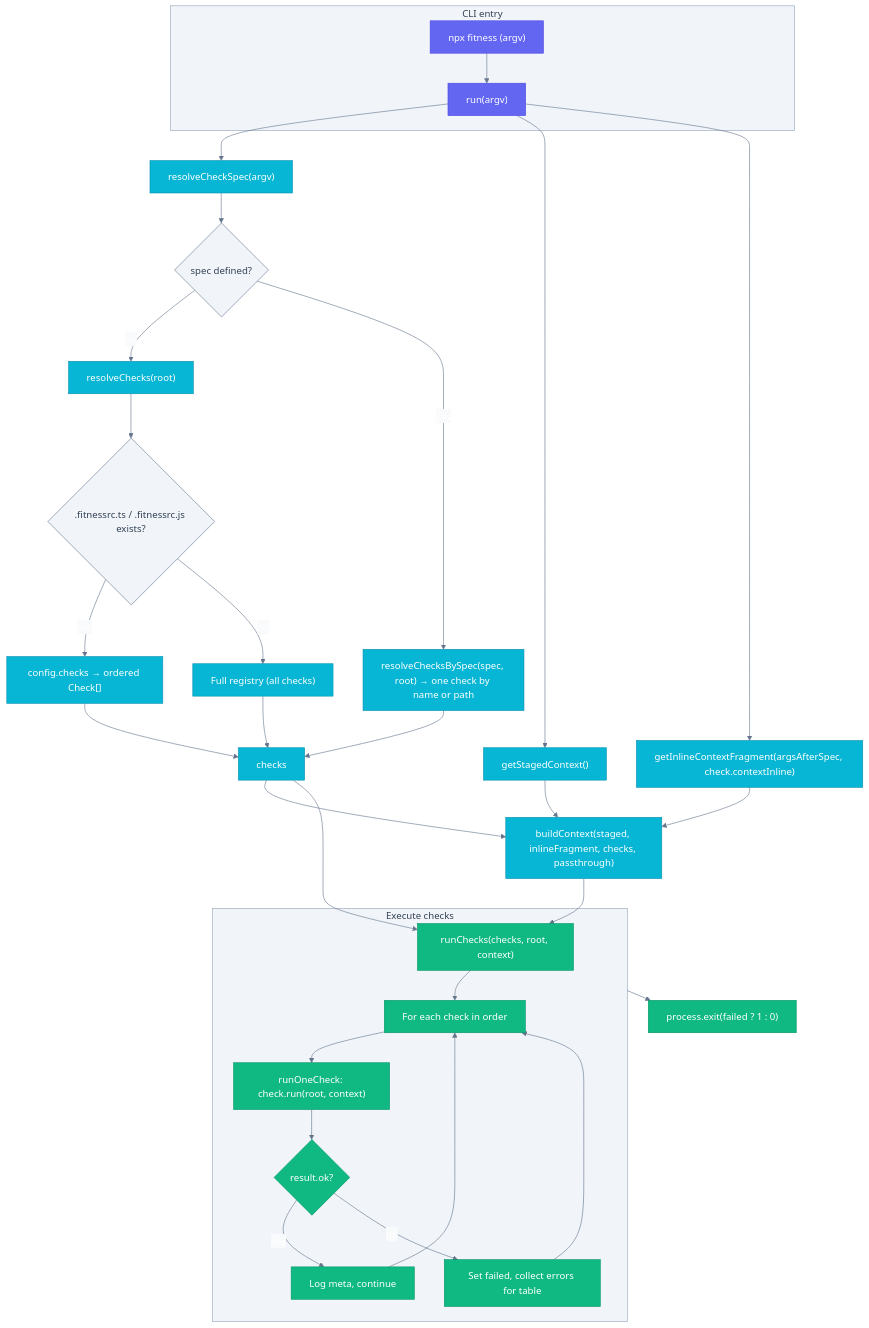
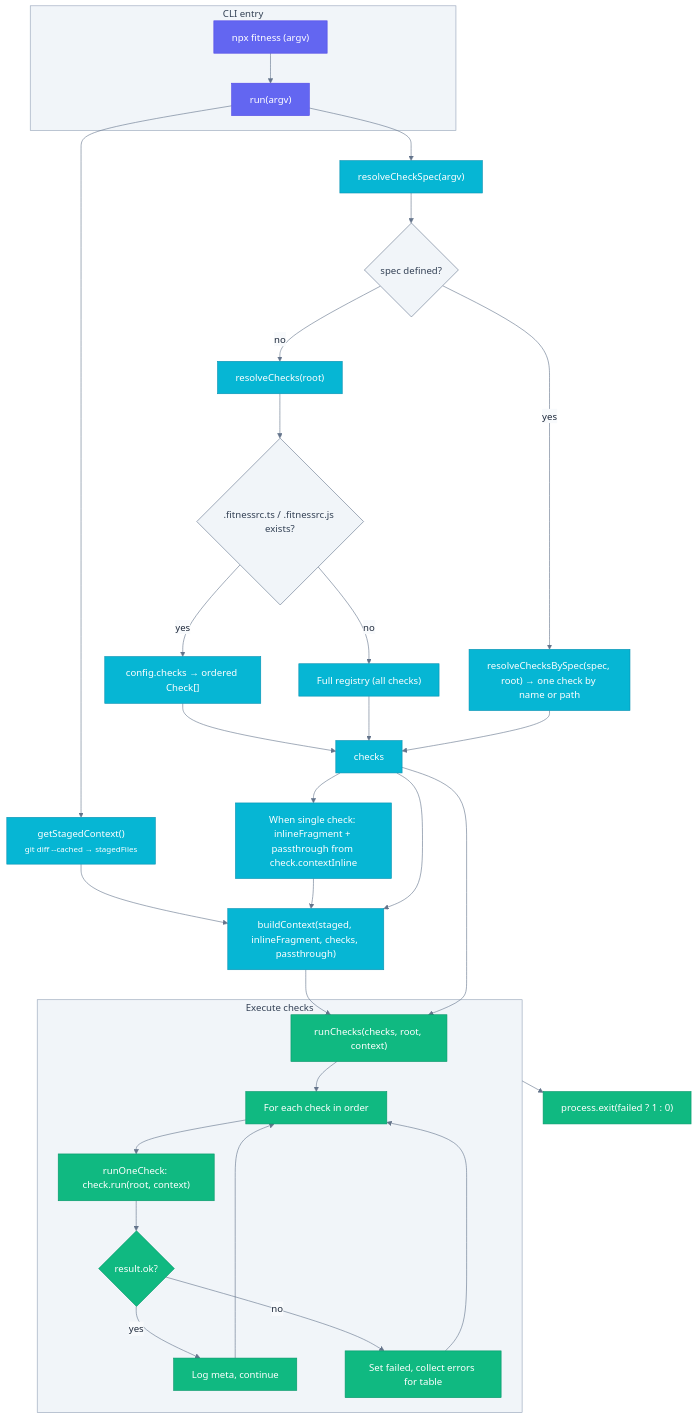
Before and after one commit to may-journal/fitness-runner: the diagram in README.md, drawn with Mermaid. The commit also changed 3 other files, not shown here.

Commit message:
fix(docs): make Mermaid flowchart edge labels readable with linkStyle color

````diff
--- a/README.md
+++ b/README.md
@@ -94,66 +94,69 @@
 ```mermaid
 %%{init: {'theme':'base', 'themeVariables': {
   'primaryColor':'#6366f1',
   'primaryTextColor':'#fff',
   'primaryBorderColor':'#4f46e5',
   'secondaryColor':'#06b6d4',
   'secondaryTextColor':'#fff',
   'secondaryBorderColor':'#0891b2',
   'tertiaryColor':'#10b981',
   'tertiaryTextColor':'#fff',
   'tertiaryBorderColor':'#059669',
   'lineColor':'#64748b',
   'background':'#f8fafc',
   'mainBkg':'#e0e7ff',
   'clusterBkg':'#f1f5f9',
   'clusterBorder':'#94a3b8',
   'titleColor':'#334155',
+  'textColor':'#1e293b',
+  'labelColor':'#1e293b',
   'edgeLabelBackground':'#f8fafc',
   'nodeTextColor':'#1e293b',
   'fontFamily':'system-ui, sans-serif'
 }}}%%
 flowchart TD
   subgraph CLI["CLI entry"]
     A["npx fitness (argv)"]
     A --> B["run(argv)"]
   end
 
   B --> F["resolveCheckSpec(argv)"]
   F --> G{"spec defined?"}
   G -->|no| H["resolveChecks(root)"]
   H --> I{".fitnessrc.ts / .fitnessrc.js exists?"}
   I -->|yes| J["config.checks → ordered Check[]"]
   I -->|no| K["Full registry (all checks)"]
   G -->|yes| L["resolveChecksBySpec(spec, root) → one check by name or path"]
   J --> M["checks"]
   K --> M
   L --> M
-  B --> E["getStagedContext()"]
-  B --> Dctx["getInlineContextFragment(argsAfterSpec, check.contextInline)"]
+  B --> E["getStagedContext()<br/><small>git diff --cached → stagedFiles</small>"]
   E --> N["buildContext(staged, inlineFragment, checks, passthrough)"]
+  M --> Dctx["When single check: inlineFragment + passthrough from check.contextInline"]
   Dctx --> N
   M --> N
-  M --> O["runChecks(checks, root, context)"]
-  N --> O
+  N --> O["runChecks(checks, root, context)"]
+  M --> O
 
   subgraph Execute["Execute checks"]
     O --> P["For each check in order"]
     P --> Q["runOneCheck: check.run(root, context)"]
     Q --> R{"result.ok?"}
     R -->|yes| S["Log meta, continue"]
     R -->|no| T["Set failed, collect errors for table"]
     S --> P
     T --> P
   end
 
   Execute --> U["process.exit(failed ? 1 : 0)"]
 
+  linkStyle 3,5,6,7,21,22 stroke:#64748b,color:#1e293b
   classDef cli fill:#6366f1,stroke:#4f46e5,color:#fff
   classDef resolve fill:#06b6d4,stroke:#0891b2,color:#fff
   classDef execute fill:#10b981,stroke:#059669,color:#fff
   classDef decision fill:#f1f5f9,stroke:#64748b,color:#334155
   class A,B cli
   class Dctx,E,F,G,H,I,J,K,L,M,N resolve
   class O,P,Q,R,S,T,U execute
   class G,I decision
 ```
````
